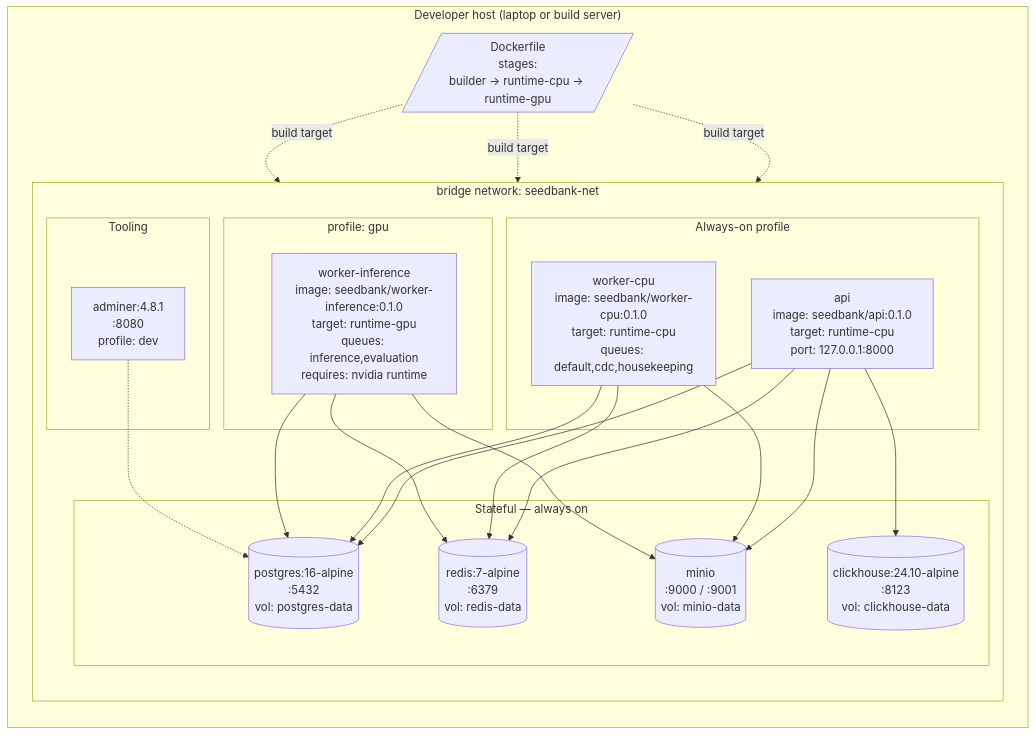
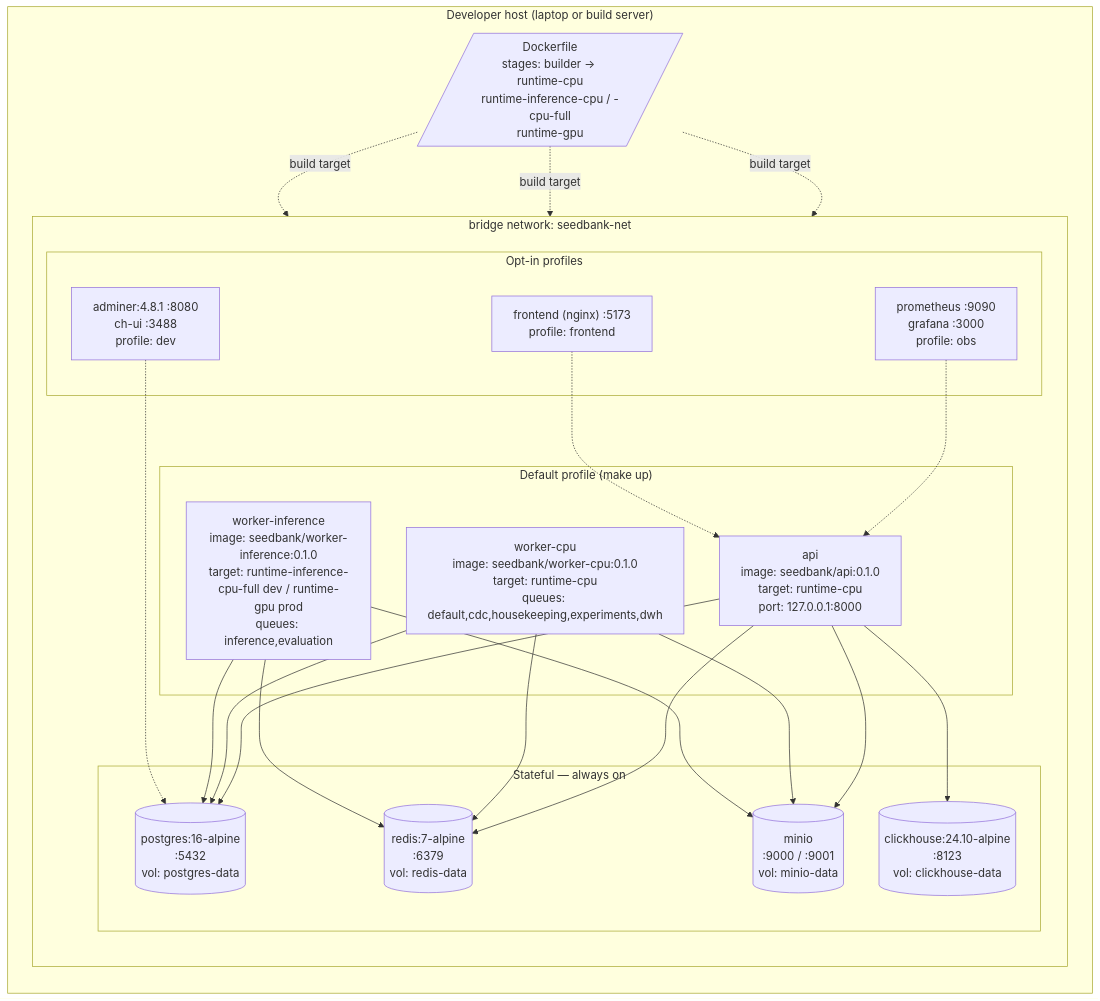
The first of 2 diagrams in docs/diagrams/10-deployment.md (RealOrangeKun/seed-bank), drawn with Mermaid before and after one commit. The commit also changed other lines of this file and 18 other files, not shown here.

````diff
--- a/docs/diagrams/10-deployment.md
+++ b/docs/diagrams/10-deployment.md
@@ -9,51 +9,52 @@
 ```mermaid
 flowchart TB
     subgraph Host["Developer host (laptop or build server)"]
         direction TB
 
         subgraph Net["bridge network: seedbank-net"]
             direction TB
 
-            subgraph App["Always-on profile"]
+            subgraph App["Default profile (make up)"]
                 API[api<br/>image: seedbank/api:0.1.0<br/>target: runtime-cpu<br/>port: 127.0.0.1:8000]
-                WCPU[worker-cpu<br/>image: seedbank/worker-cpu:0.1.0<br/>target: runtime-cpu<br/>queues: default,cdc,housekeeping]
-            end
-
-            subgraph GPU["profile: gpu"]
-                WGPU[worker-inference<br/>image: seedbank/worker-inference:0.1.0<br/>target: runtime-gpu<br/>queues: inference,evaluation<br/>requires: nvidia runtime]
+                WCPU[worker-cpu<br/>image: seedbank/worker-cpu:0.1.0<br/>target: runtime-cpu<br/>queues: default,cdc,housekeeping,experiments,dwh]
+                WINF[worker-inference<br/>image: seedbank/worker-inference:0.1.0<br/>target: runtime-inference-cpu-full dev / runtime-gpu prod<br/>queues: inference,evaluation]
             end
 
             subgraph Data["Stateful — always on"]
                 PG[(postgres:16-alpine<br/>:5432<br/>vol: postgres-data)]
                 RD[(redis:7-alpine<br/>:6379<br/>vol: redis-data)]
                 MIN[(minio<br/>:9000 / :9001<br/>vol: minio-data)]
                 CH[(clickhouse:24.10-alpine<br/>:8123<br/>vol: clickhouse-data)]
             end
 
-            subgraph Tooling["Tooling"]
-                ADM["adminer:4.8.1<br/>:8080<br/>profile: dev"]
+            subgraph Tooling["Opt-in profiles"]
+                ADM["adminer:4.8.1 :8080<br/>ch-ui :3488<br/>profile: dev"]
+                OBS["prometheus :9090<br/>grafana :3000<br/>profile: obs"]
+                FE["frontend (nginx) :5173<br/>profile: frontend"]
             end
         end
 
-        BUILD[/Dockerfile<br/>stages:<br/>builder → runtime-cpu → runtime-gpu/]
+        BUILD[/Dockerfile<br/>stages: builder → runtime-cpu<br/>runtime-inference-cpu / -cpu-full<br/>runtime-gpu/]
     end
 
     BUILD -. "build target" .-> API
     BUILD -. "build target" .-> WCPU
-    BUILD -. "build target" .-> WGPU
+    BUILD -. "build target" .-> WINF
 
     API --> PG
     API --> RD
     API --> MIN
     API --> CH
 
     WCPU --> PG
     WCPU --> RD
     WCPU --> MIN
 
-    WGPU --> PG
-    WGPU --> RD
-    WGPU --> MIN
+    WINF --> PG
+    WINF --> RD
+    WINF --> MIN
 
     ADM -.-> PG
+    OBS -.-> API
+    FE -.-> API
 ```
````
